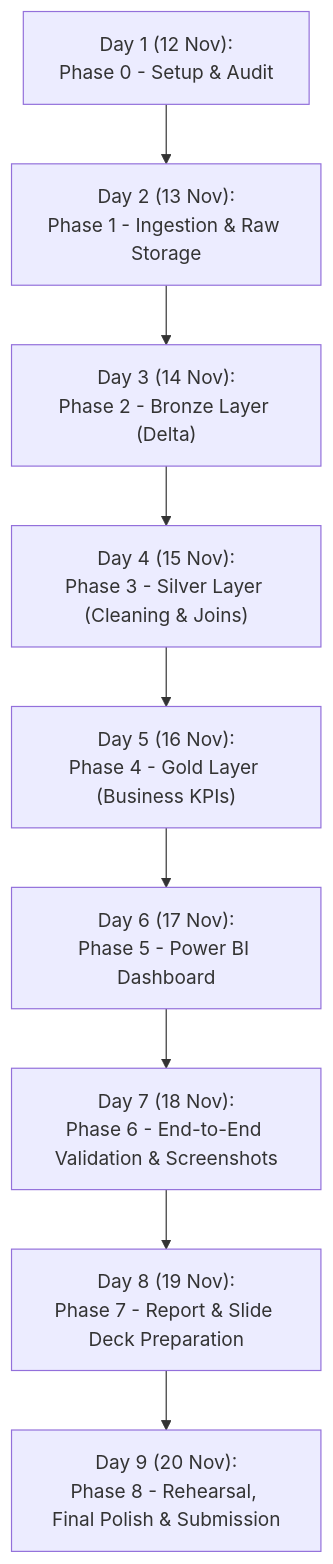
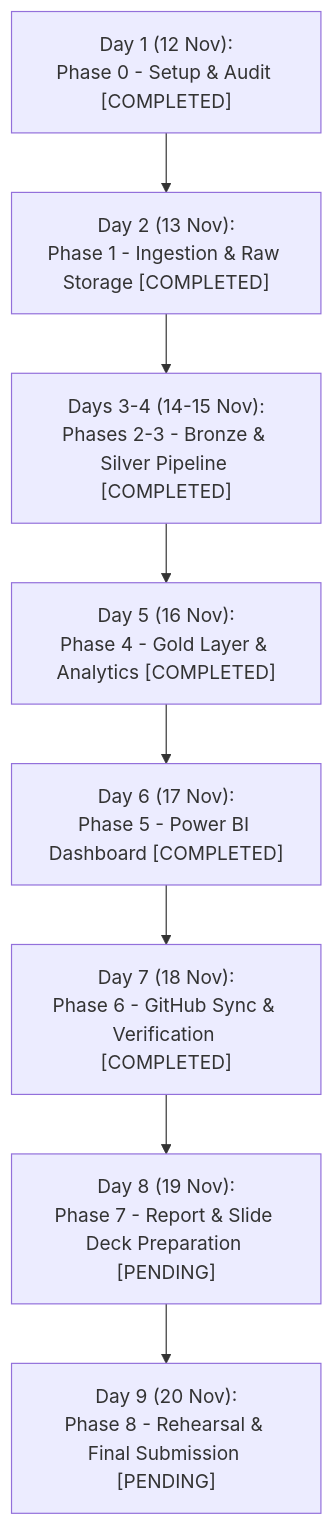
The diagram in PROJECT_PLAN.md (pratyush-max/ShopPulse-Olist-Ecommerce-Intelligence), drawn with Mermaid before and after one commit. The commit also changed other lines of this file and 6 other files, not shown here.

````diff
--- a/PROJECT_PLAN.md
+++ b/PROJECT_PLAN.md
@@ -10,11 +10,10 @@
 ```mermaid
 flowchart TD
-    D1["Day 1 (12 Nov):\nPhase 0 - Setup & Audit"] --> D2["Day 2 (13 Nov):\nPhase 1 - Ingestion & Raw Storage"]
-    D2 --> D3["Day 3 (14 Nov):\nPhase 2 - Bronze Layer (Delta)"]
-    D3 --> D4["Day 4 (15 Nov):\nPhase 3 - Silver Layer (Cleaning & Joins)"]
-    D4 --> D5["Day 5 (16 Nov):\nPhase 4 - Gold Layer (Business KPIs)"]
-    D5 --> D6["Day 6 (17 Nov):\nPhase 5 - Power BI Dashboard"]
-    D6 --> D7["Day 7 (18 Nov):\nPhase 6 - End-to-End Validation & Screenshots"]
-    D7 --> D8["Day 8 (19 Nov):\nPhase 7 - Report & Slide Deck Preparation"]
-    D8 --> D9["Day 9 (20 Nov):\nPhase 8 - Rehearsal, Final Polish & Submission"]
+    D1["Day 1 (12 Nov):\nPhase 0 - Setup & Audit [COMPLETED]"] --> D2["Day 2 (13 Nov):\nPhase 1 - Ingestion & Raw Storage [COMPLETED]"]
+    D2 --> D3["Days 3-4 (14-15 Nov):\nPhases 2-3 - Bronze & Silver Pipeline [COMPLETED]"]
+    D3 --> D5["Day 5 (16 Nov):\nPhase 4 - Gold Layer & Analytics [COMPLETED]"]
+    D5 --> D6["Day 6 (17 Nov):\nPhase 5 - Power BI Dashboard [COMPLETED]"]
+    D6 --> D7["Day 7 (18 Nov):\nPhase 6 - GitHub Sync & Verification [COMPLETED]"]
+    D7 --> D8["Day 8 (19 Nov):\nPhase 7 - Report & Slide Deck Preparation [PENDING]"]
+    D8 --> D9["Day 9 (20 Nov):\nPhase 8 - Rehearsal & Final Submission [PENDING]"]
 ```
````
